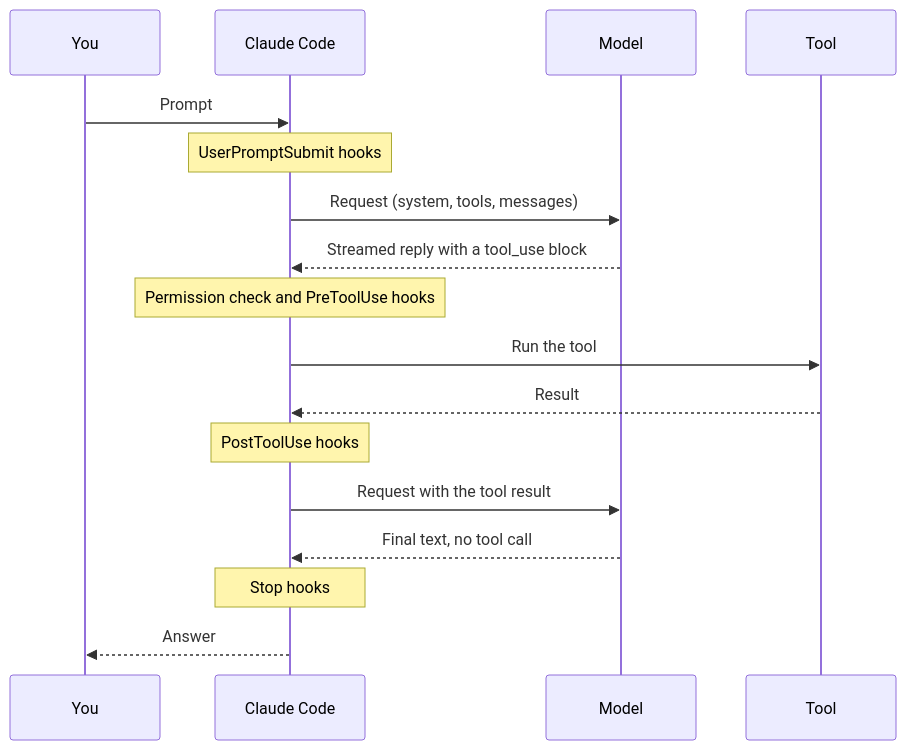
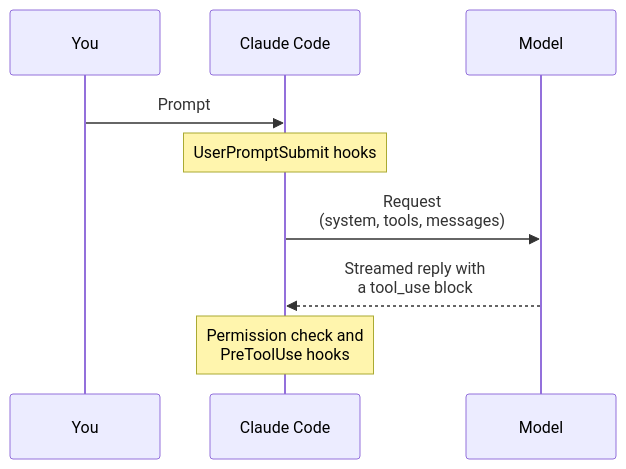
Before and after one commit to xsyetopz/claude-code-docs: the first of 6 diagrams in docs/how-it-works/agent-loop.md, drawn with Mermaid. The commit also changed other lines of this file and 19 other files, not shown here.

Commit message:
docs: split diagrams that overflow at 1280px

````diff
--- a/docs/how-it-works/agent-loop.md
+++ b/docs/how-it-works/agent-loop.md
@@ -14,19 +14,11 @@
 ```mermaid
 sequenceDiagram
   participant You
   participant CC as Claude Code
   participant Model
-  participant Tool
   You->>CC: Prompt
   Note over CC: UserPromptSubmit hooks
-  CC->>Model: Request (system, tools, messages)
-  Model-->>CC: Streamed reply with a tool_use block
-  Note over CC: Permission check and PreToolUse hooks
-  CC->>Tool: Run the tool
-  Tool-->>CC: Result
-  Note over CC: PostToolUse hooks
-  CC->>Model: Request with the tool result
-  Model-->>CC: Final text, no tool call
-  Note over CC: Stop hooks
-  CC-->>You: Answer
+  CC->>Model: Request<br/>(system, tools, messages)
+  Model-->>CC: Streamed reply with<br/>a tool_use block
+  Note over CC: Permission check and<br/>PreToolUse hooks
 ```
````
